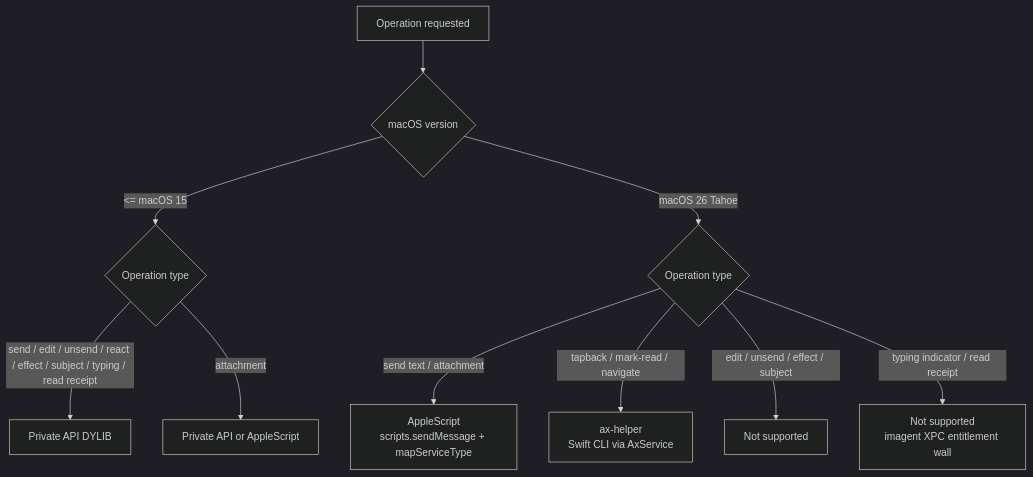
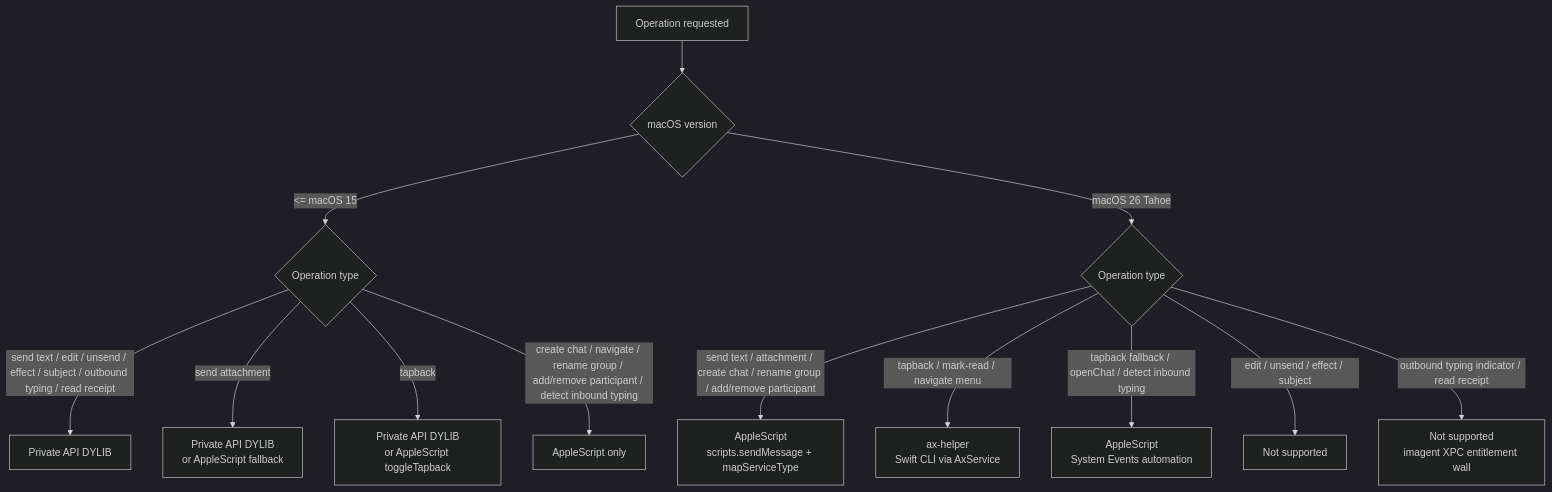
Before and after one commit to markthebest12/bluebubbles-server: the diagram in docs/architecture/private-api-vs-ax-helper.md, drawn with Mermaid (dark theme). The commit also changed other lines of this file, not shown here.

````diff
--- a/docs/architecture/private-api-vs-ax-helper.md
+++ b/docs/architecture/private-api-vs-ax-helper.md
@@ -42,14 +47,17 @@
 ```mermaid
 flowchart TD
     A[Operation requested] --> B{macOS version}
     B -->|<= macOS 15| C{Operation type}
     B -->|macOS 26 Tahoe| D{Operation type}
 
-    C -->|send / edit / unsend / react / effect / subject / typing / read receipt| C1[Private API DYLIB]
-    C -->|attachment| C2[Private API or AppleScript]
+    C -->|send text / edit / unsend / effect / subject / outbound typing / read receipt| C1[Private API DYLIB]
+    C -->|send attachment| C1a[Private API DYLIB<br/>or AppleScript fallback]
+    C -->|tapback| C1b[Private API DYLIB<br/>or AppleScript toggleTapback]
+    C -->|create chat / navigate / rename group / add/remove participant / detect inbound typing| C2[AppleScript only]
 
-    D -->|send text / attachment| D1[AppleScript<br/>scripts.sendMessage + mapServiceType]
-    D -->|tapback / mark-read / navigate| D2[ax-helper<br/>Swift CLI via AxService]
+    D -->|send text / attachment / create chat / rename group / add/remove participant| D1[AppleScript<br/>scripts.sendMessage + mapServiceType]
+    D -->|tapback / mark-read / navigate menu| D2[ax-helper<br/>Swift CLI via AxService]
+    D -->|tapback fallback / openChat / detect inbound typing| D2a[AppleScript<br/>System Events automation]
     D -->|edit / unsend / effect / subject| D3[Not supported]
-    D -->|typing indicator / read receipt| D4[Not supported<br/>imagent XPC entitlement wall]
+    D -->|outbound typing indicator / read receipt| D4[Not supported<br/>imagent XPC entitlement wall]
 ```
````
